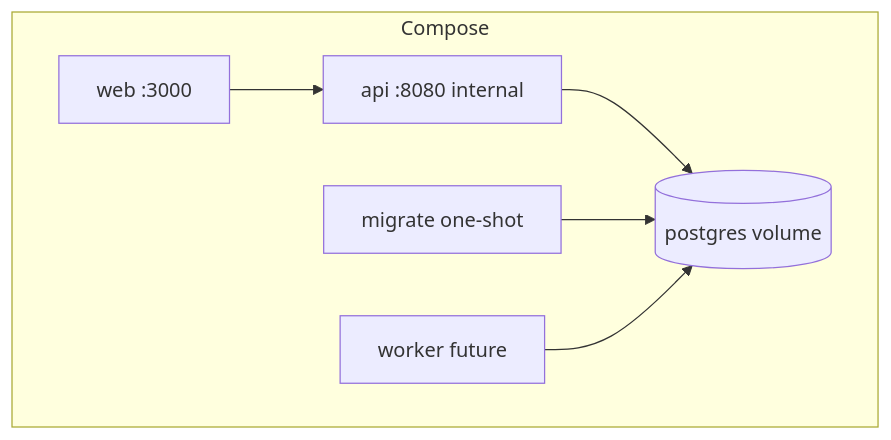
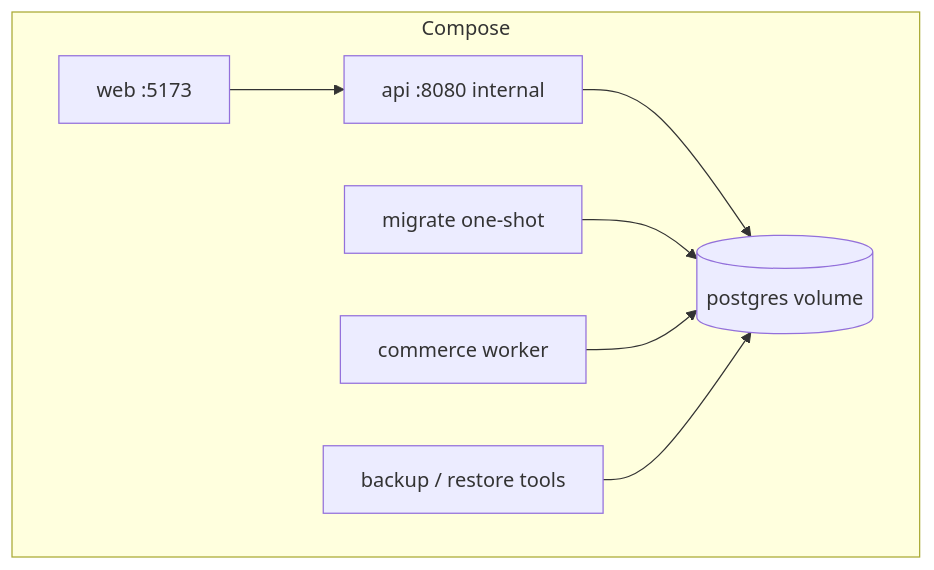
One commit to Pediev1909/unsolero changed diagram 11 of 11 in ARCHITECTURE.md. Above: the diagram before and after it, drawn with Mermaid. The commit also changed other lines of this file and 291 other files, not shown here.

````diff
--- a/ARCHITECTURE.md
+++ b/ARCHITECTURE.md
@@ -843,15 +936,17 @@
 ```mermaid
 flowchart TB
     subgraph Compose
-        Web[web :3000]
+        Web[web :5173]
         API[api :8080 internal]
         Migrate[migrate one-shot]
-        Worker[worker future]
+        Worker[commerce worker]
+        Backup[backup / restore tools]
         Postgres[(postgres volume)]
     end
 
     Web --> API
     API --> Postgres
     Migrate --> Postgres
     Worker --> Postgres
+    Backup --> Postgres
 ```
````
